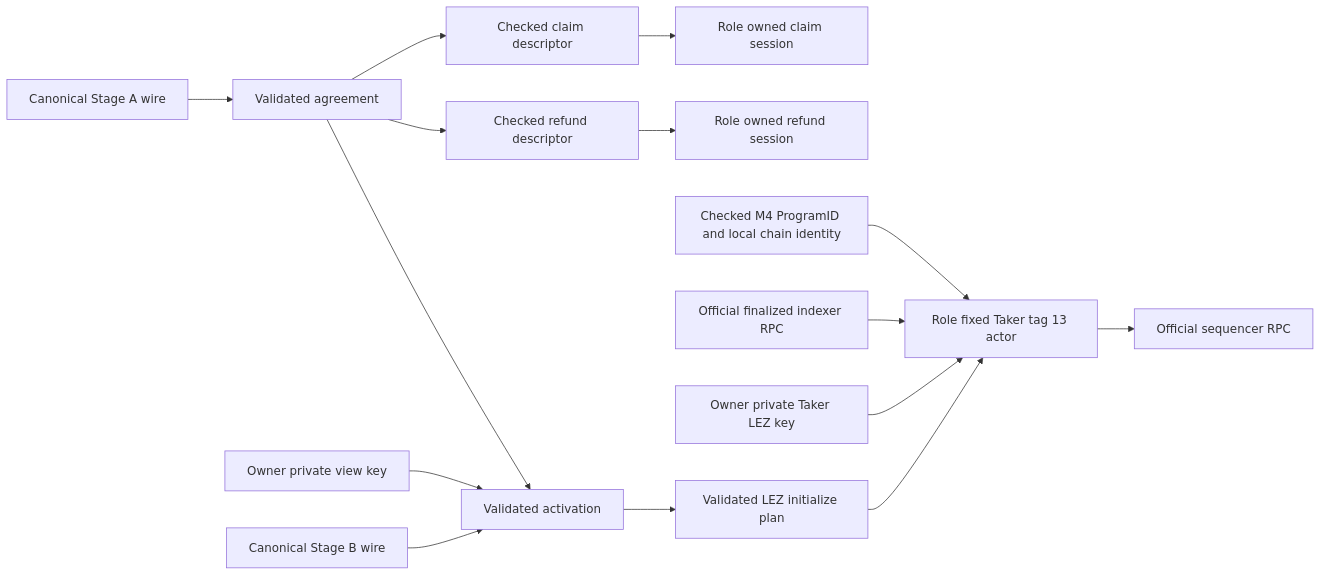
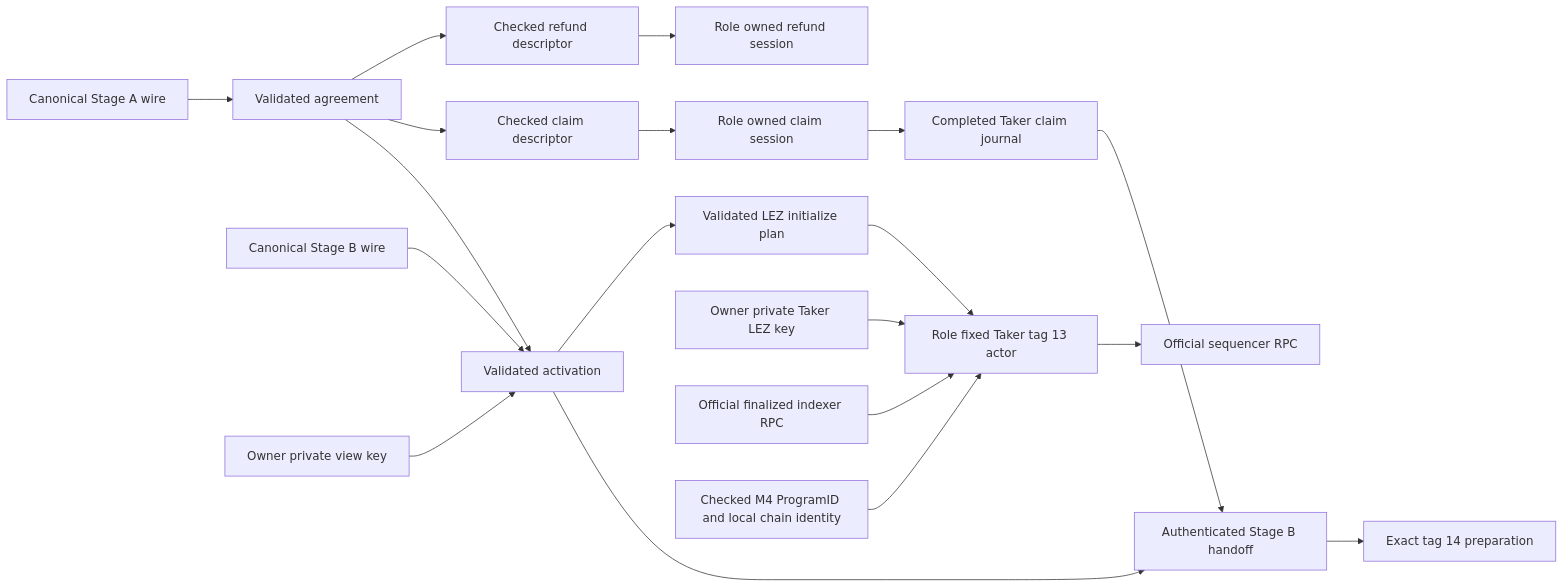
Before and after one commit to gateway-fm/lez-atomic-swaps: the first of 3 diagrams in docs/architecture/0072-derive-xmr-actor-inputs-from-validated-stage-material.md, drawn with Mermaid. The commit also changed other lines of this file and 6 other files, not shown here.

Commit message:
feat(m4): bind tag14 to taker journal

````diff
--- a/docs/architecture/0072-derive-xmr-actor-inputs-from-validated-stage-material.md
+++ b/docs/architecture/0072-derive-xmr-actor-inputs-from-validated-stage-material.md
@@ -49,17 +53,21 @@
 ```mermaid
 flowchart LR
     StageA["Canonical Stage A wire"] --> Agreement["Validated agreement"]
     StageB["Canonical Stage B wire"] --> Activation["Validated activation"]
     ViewKey["Owner private view key"] --> Activation
     Agreement --> Activation
     Agreement --> Claim["Checked claim descriptor"]
     Agreement --> Refund["Checked refund descriptor"]
     Claim --> ClaimActor["Role owned claim session"]
     Refund --> RefundActor["Role owned refund session"]
+    ClaimActor --> TakerJournal["Completed Taker claim journal"]
+    TakerJournal --> Handoff["Authenticated Stage B handoff"]
+    Activation --> Handoff
+    Handoff --> Tag14["Exact tag 14 preparation"]
     Activation --> Plan["Validated LEZ initialize plan"]
     Plan --> Taker["Role fixed Taker tag 13 actor"]
     Signer["Owner private Taker LEZ key"] --> Taker
     Indexer["Official finalized indexer RPC"] --> Taker
     Taker --> Sequencer["Official sequencer RPC"]
     Deployment["Checked M4 ProgramID and local chain identity"] --> Taker
 ```
````
